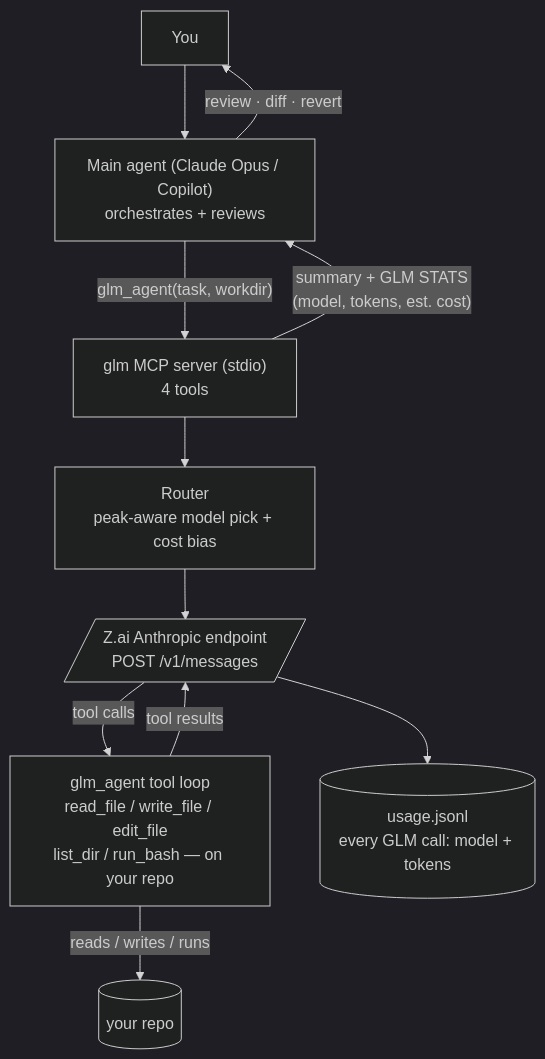
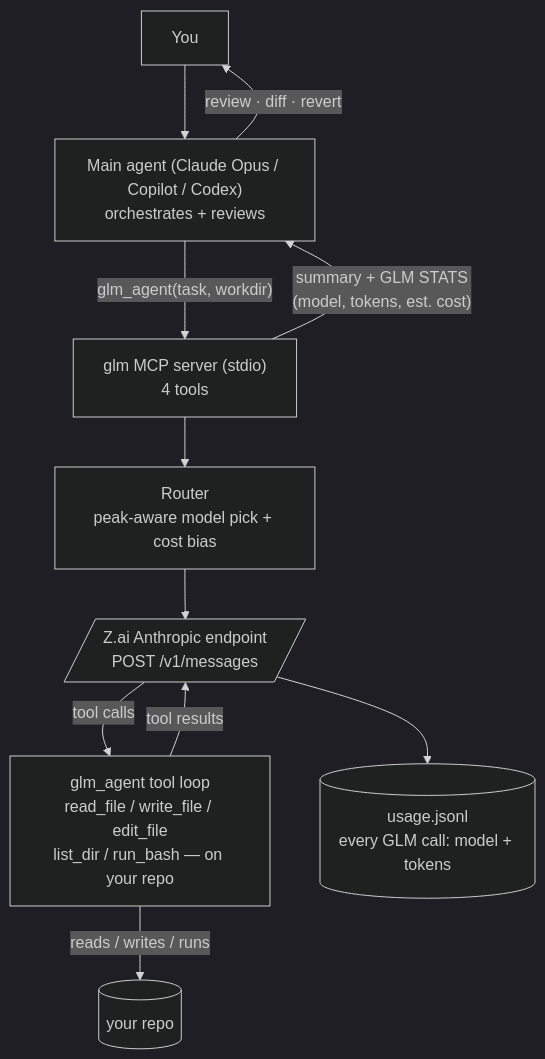
One commit to djerok/glm-mcp changed the diagram in README.md. Above: the diagram before and after it, drawn with Mermaid (dark theme). The commit also changed other lines of this file and 21 other files, not shown here.

````diff
--- a/README.md
+++ b/README.md
@@ -27,21 +30,21 @@
 ```mermaid
 flowchart TD
     You["You"]
-    Main["Main agent (Claude Opus / Copilot)<br/>orchestrates + reviews"]
+    Main["Main agent (Claude Opus / Copilot / Codex)<br/>orchestrates + reviews"]
     Srv["glm MCP server (stdio)<br/>4 tools"]
     Rt["Router<br/>peak-aware model pick + cost bias"]
     Zai[/"Z.ai Anthropic endpoint<br/>POST /v1/messages"/]
     Loop["glm_agent tool loop<br/>read_file / write_file / edit_file<br/>list_dir / run_bash — on your repo"]
     Led[("usage.jsonl<br/>every GLM call: model + tokens")]
 
     Repo[("your repo")]
 
     You --> Main -->|"glm_agent(task, workdir)"| Srv
     Srv --> Rt --> Zai
     Zai -->|"tool calls"| Loop
     Loop -->|"tool results"| Zai
     Loop -->|"reads / writes / runs"| Repo
     Zai --> Led
     Srv -->|"summary + GLM STATS<br/>(model, tokens, est. cost)"| Main
     Main -->|"review · diff · revert"| You
 ```
````
